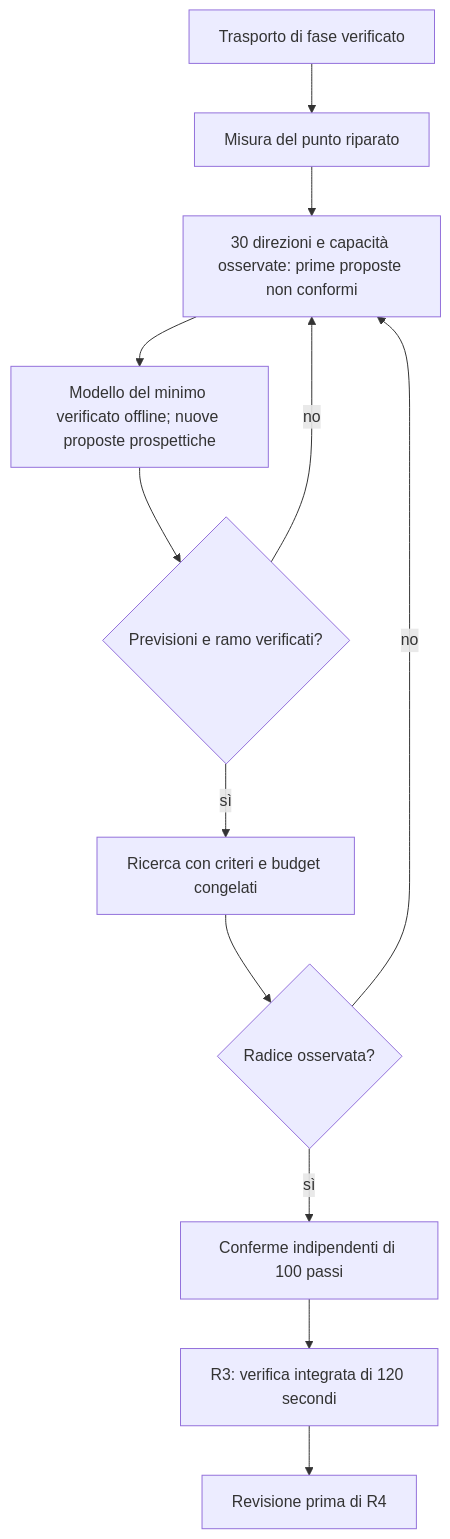
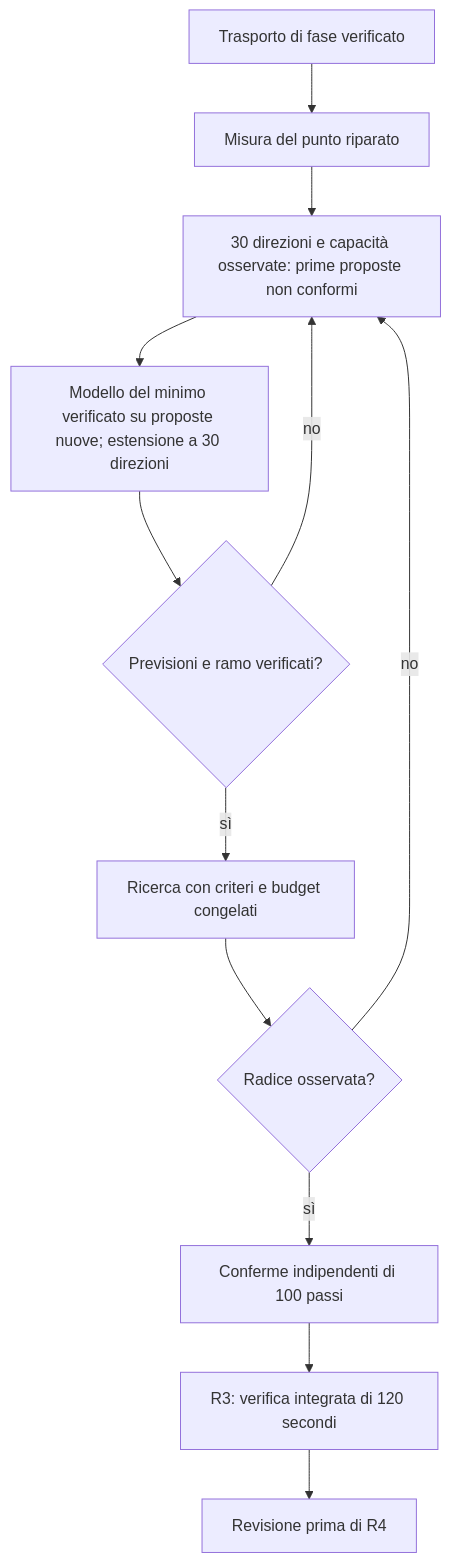
The first of 2 diagrams in docs/ROADMAP.md (archistico/NuclearReactorSimulator), drawn with Mermaid before and after one commit. The commit also changed other lines of this file and 17 other files, not shown here.

````diff
--- a/docs/ROADMAP.md
+++ b/docs/ROADMAP.md
@@ -63,14 +66,14 @@
 ```mermaid
 flowchart TD
     R["Trasporto di fase verificato"] --> M["Misura del punto riparato"]
     M --> S["30 direzioni e capacità osservate: prime proposte non conformi"]
-    S --> A["Modello del minimo verificato offline; nuove proposte prospettiche"]
+    S --> A["Modello del minimo verificato su proposte nuove; estensione a 30 direzioni"]
     A --> B{"Previsioni e ramo verificati?"}
     B -->|"no"| S
     B -->|"sì"| C["Ricerca con criteri e budget congelati"]
     C --> D{"Radice osservata?"}
     D -->|"no"| S
     D -->|"sì"| E["Conferme indipendenti di 100 passi"]
     E --> F["R3: verifica integrata di 120 secondi"]
     F --> G["Revisione prima di R4"]
 ```
````
